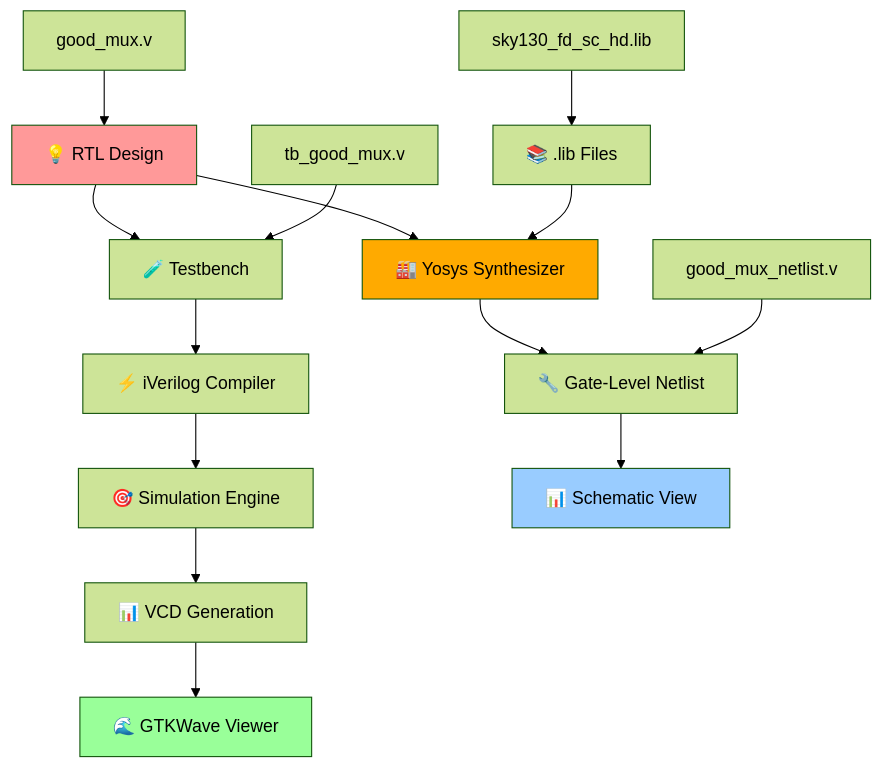
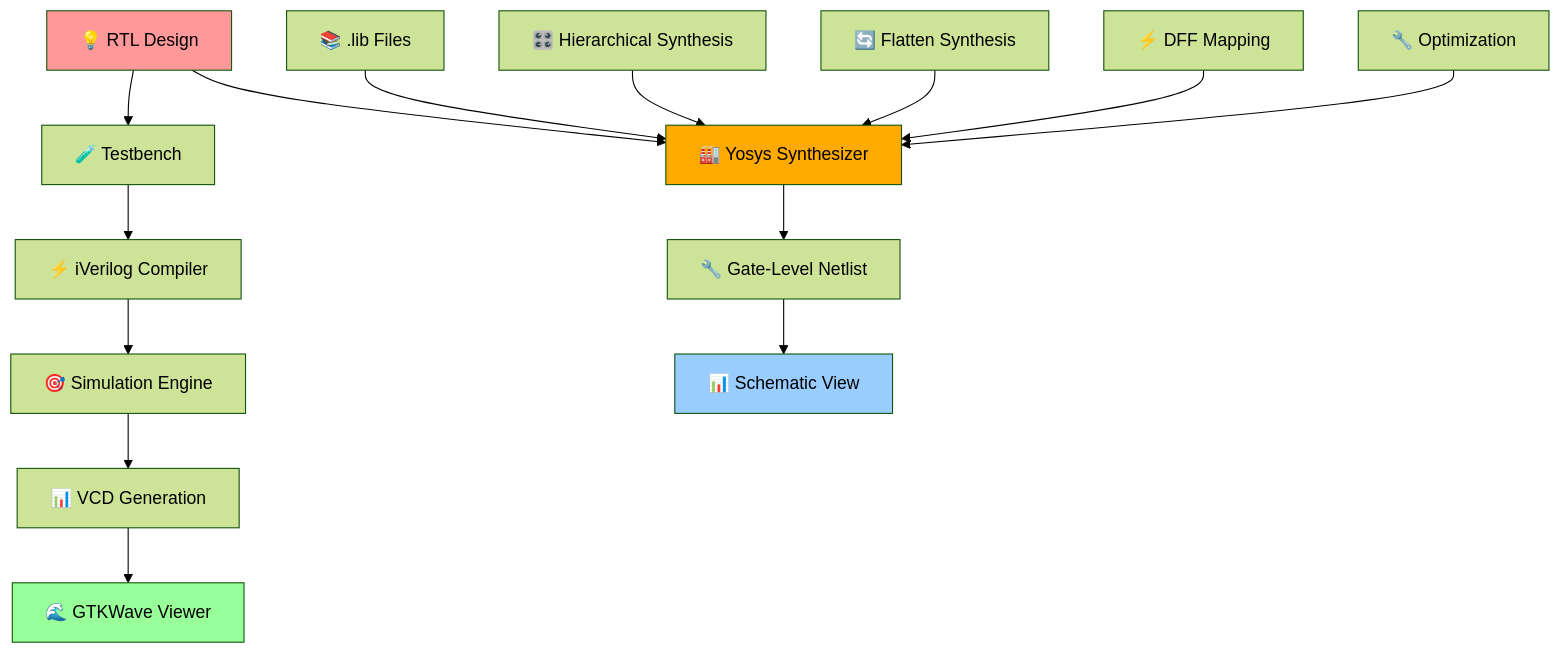
Before and after one commit to Bejish/VSD_Tapeout_Week_1: the diagram in README.md, drawn with Mermaid (forest theme). The commit also changed other lines of this file, not shown here.

````diff
--- a/README.md
+++ b/README.md
@@ -38,23 +39,23 @@
 ```mermaid
 graph TD
     A[💡 RTL Design] --> B[🧪 Testbench]
     B --> C[⚡ iVerilog Compiler]
     C --> D[🎯 Simulation Engine]
     D --> E[📊 VCD Generation]
     E --> F[🌊 GTKWave Viewer]
     
     A --> G[🏭 Yosys Synthesizer]
     H[📚 .lib Files] --> G
     G --> I[🔧 Gate-Level Netlist]
     I --> J[📊 Schematic View]
     
-    A1[good_mux.v] --> A
-    B1[tb_good_mux.v] --> B
-    H1[sky130_fd_sc_hd.lib] --> H
-    I1[good_mux_netlist.v] --> I
+    K[🎛️ Hierarchical Synthesis] --> G
+    L[🔄 Flatten Synthesis] --> G
+    M[⚡ DFF Mapping] --> G
+    N[🔧 Optimization] --> G
     
     style A fill:#ff9999
     style F fill:#99ff99
     style G fill:#ffaa00
     style J fill:#99ccff
 ```
````
